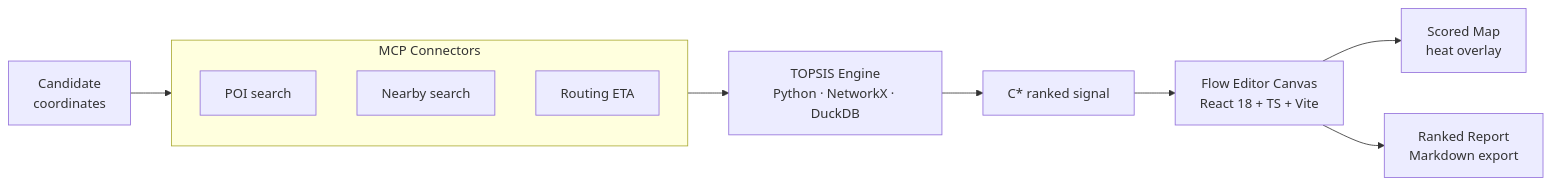
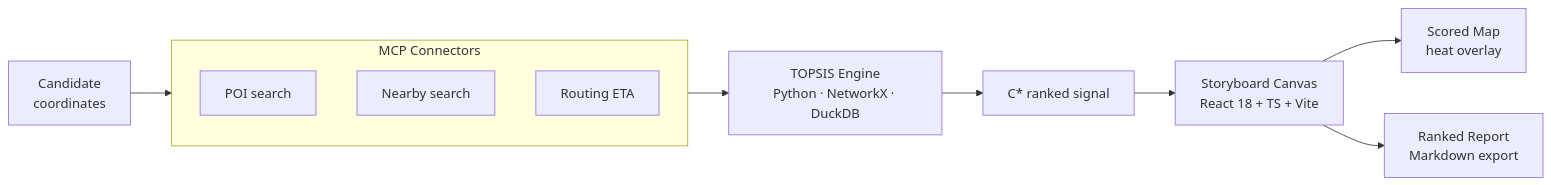
One commit to huijoohwee/huijoohwee changed the second of 2 diagrams in docs/knowgrph-maps-readme.md. Above: the diagram before and after it, drawn with Mermaid. The commit also changed other lines of this file and 652 other files, not shown here.

````diff
--- a/docs/knowgrph-maps-readme.md
+++ b/docs/knowgrph-maps-readme.md
@@ -1308,14 +1310,14 @@
 ```mermaid
 flowchart LR
   CAND["Candidate\ncoordinates"] --> MCP
   subgraph MCP["MCP Connectors"]
     POI["POI search"]
     NEAR["Nearby search"]
     NAV["Routing ETA"]
   end
   MCP --> PY["TOPSIS Engine\nPython · NetworkX · DuckDB"]
   PY --> RANK["C* ranked signal"]
-  RANK --> FC["Flow Editor Canvas\nReact 18 + TS + Vite"]
+  RANK --> FC["Storyboard Canvas\nReact 18 + TS + Vite"]
   FC --> MAP["Scored Map\nheat overlay"]
   FC --> RPT["Ranked Report\nMarkdown export"]
 ```
````
